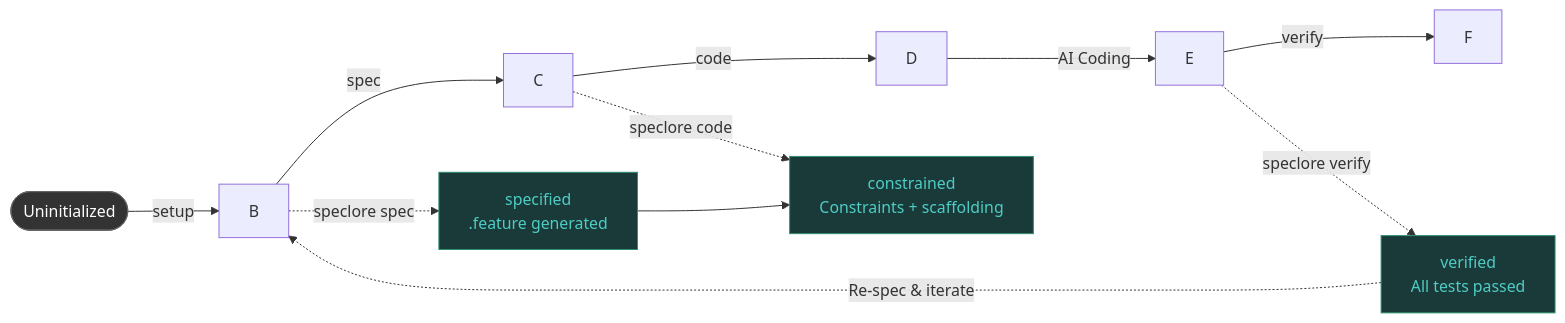
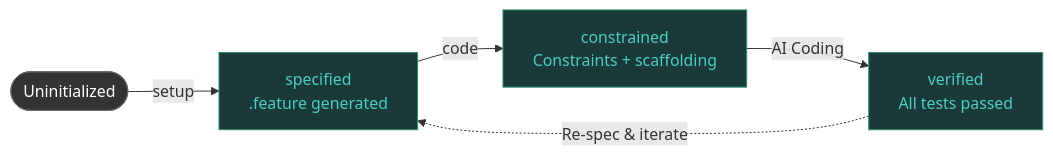
The diagram in docs/en/guide/workflow.md (cheneyzhang93/speclore), drawn with Mermaid before and after one commit. The commit also changed 1 other file, not shown here.

Commit message:
fix: 简化 Mermaid 状态机图，去除无意义的中间节点
- 移除 B/C/D/E/F 空节点，只保留有含义的状态
- 动作标签直接标在箭头上（setup/code/AI 编码/重新 spec 迭代）
- 中英文 workflow.md 同步更新

````diff
--- a/docs/en/guide/workflow.md
+++ b/docs/en/guide/workflow.md
@@ -9,20 +9,12 @@
 ```mermaid
 flowchart LR
-    A(["Uninitialized"]) -->|setup| B
-    B -->|spec| C
-    C -->|code| D
-    D -->|"AI Coding"| E
-    E -->|verify| F
-
-    B -.->|"speclore spec"| G["specified<br/>.feature generated"]
-    C -.->|"speclore code"| H["constrained<br/>Constraints + scaffolding"]
-    E -.->|"speclore verify"| I["verified<br/>All tests passed"]
-
-    G --> H
-    I -.->|"Re-spec & iterate"| B
+    A(["Uninitialized"]) -->|setup| B["specified<br/>.feature generated"]
+    B -->|code| C["constrained<br/>Constraints + scaffolding"]
+    C -->|"AI Coding"| D["verified<br/>All tests passed"]
+    D -.->|"Re-spec & iterate"| B
 
     style A fill:#333,stroke:#666,color:#fff
-    style G fill:#1a3a3a,stroke:#2d8f6f,color:#4ecdc4
-    style H fill:#1a3a3a,stroke:#2d8f6f,color:#4ecdc4
-    style I fill:#1a3a3a,stroke:#2d8f6f,color:#4ecdc4
+    style B fill:#1a3a3a,stroke:#2d8f6f,color:#4ecdc4
+    style C fill:#1a3a3a,stroke:#2d8f6f,color:#4ecdc4
+    style D fill:#1a3a3a,stroke:#2d8f6f,color:#4ecdc4
 ```
````
